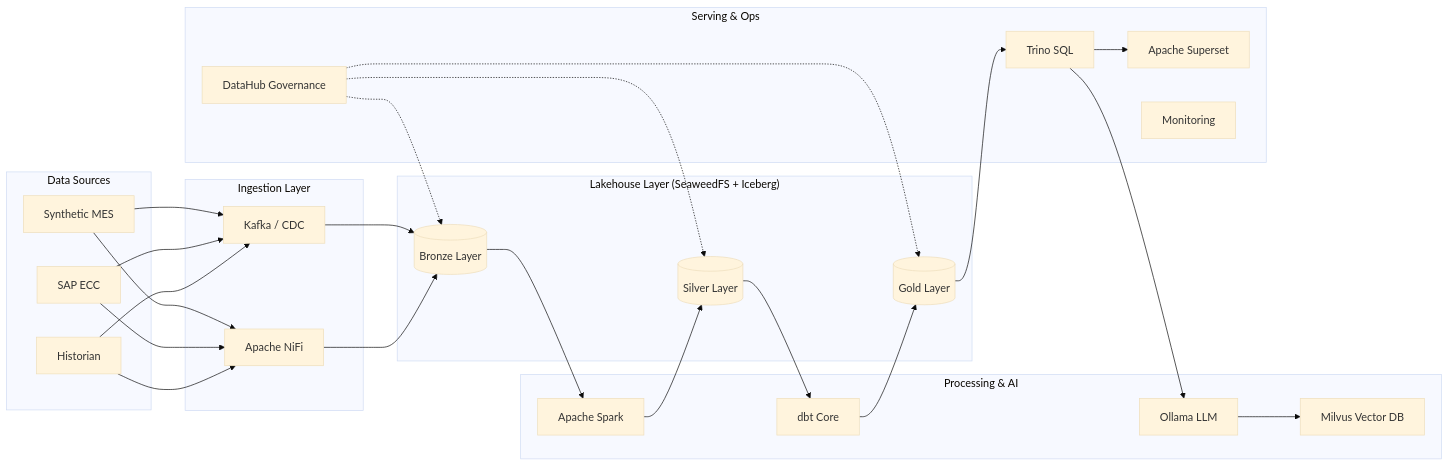
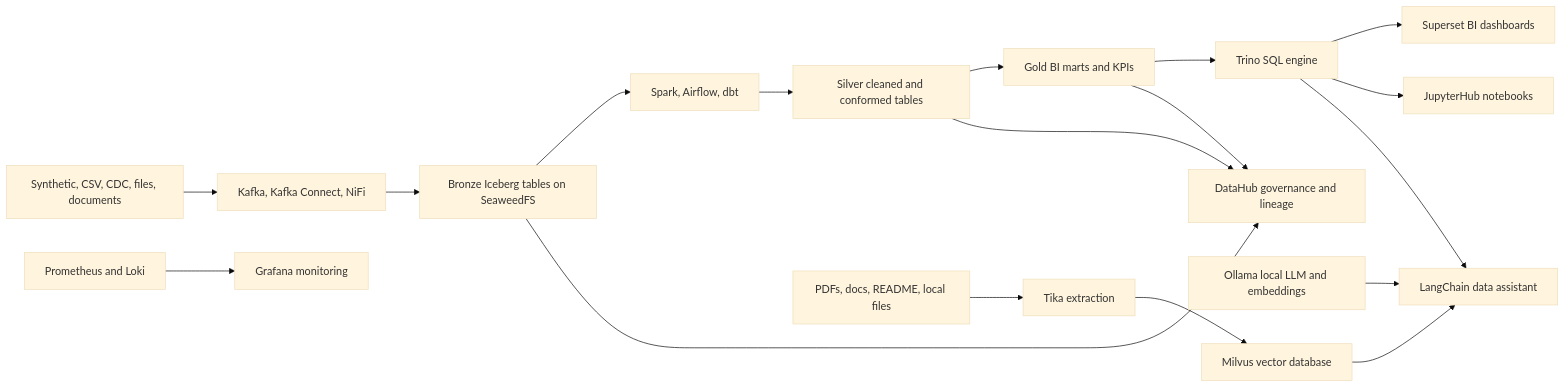
One commit to sreerajdata/lakehouse-bi-rag-stack changed the diagram in README.md. Above: the diagram before and after it, drawn with Mermaid (base theme). The commit also changed other lines of this file and 47 other files, not shown here.

````diff
--- a/README.md
+++ b/README.md
@@ -24,42 +47,20 @@
 ```mermaid
-graph LR
-    subgraph "Data Sources"
-        S1[Synthetic MES]
-        S2[SAP ECC]
-        S3[Historian]
-    end
-
-    subgraph "Ingestion Layer"
-        Kafka[Kafka / CDC]
-        NiFi[Apache NiFi]
-    end
-
-    subgraph "Lakehouse Layer (SeaweedFS + Iceberg)"
-        Bronze[(Bronze Layer)]
-        Silver[(Silver Layer)]
-        Gold[(Gold Layer)]
-    end
-
-    subgraph "Processing & AI"
-        Spark[Apache Spark]
-        dbt[dbt Core]
-        Ollama[Ollama LLM]
-        Milvus[Milvus Vector DB]
-    end
-
-    subgraph "Serving & Ops"
-        Trino[Trino SQL]
-        Superset[Apache Superset]
-        DataHub[DataHub Governance]
-        Grafana[Monitoring]
-    end
-
-    S1 & S2 & S3 --> Kafka & NiFi
-    Kafka & NiFi --> Bronze
-    Bronze --> Spark --> Silver
-    Silver --> dbt --> Gold
-    Gold --> Trino
-    Trino --> Superset & Ollama
-    Ollama --> Milvus
-    DataHub -.-> Bronze & Silver & Gold
+flowchart LR
+    Sources["Synthetic, CSV, CDC, files, documents"] --> Ingestion["Kafka, Kafka Connect, NiFi"]
+    Ingestion --> Bronze["Bronze Iceberg tables on SeaweedFS"]
+    Bronze --> Processing["Spark, Airflow, dbt"]
+    Processing --> Silver["Silver cleaned and conformed tables"]
+    Silver --> Gold["Gold BI marts and KPIs"]
+    Gold --> Trino["Trino SQL engine"]
+    Trino --> Superset["Superset BI dashboards"]
+    Trino --> Jupyter["JupyterHub notebooks"]
+    Trino --> RAG["LangChain data assistant"]
+    Docs["PDFs, docs, README, local files"] --> Tika["Tika extraction"]
+    Tika --> Milvus["Milvus vector database"]
+    Milvus --> RAG
+    Ollama["Ollama local LLM and embeddings"] --> RAG
+    Bronze --> DataHub["DataHub governance and lineage"]
+    Silver --> DataHub
+    Gold --> DataHub
+    Prometheus["Prometheus and Loki"] --> Grafana["Grafana monitoring"]
 ```
````
